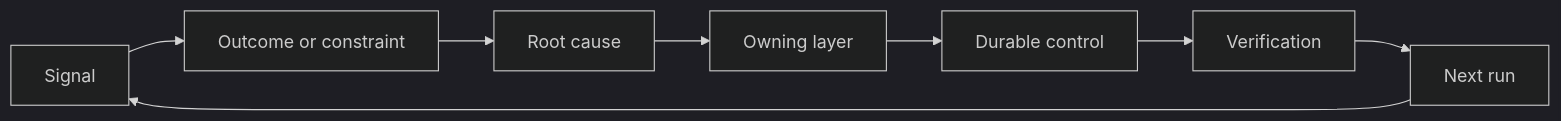
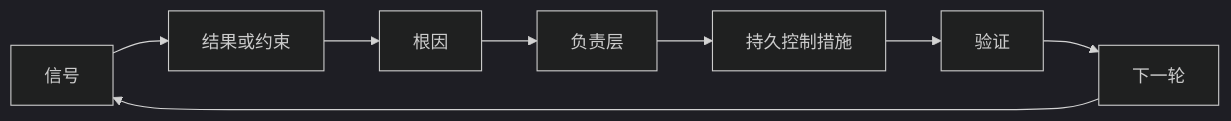
One commit to fancyboi999/ai-engineering-from-scratch-zh changed the diagram in phases/14-agent-engineering/54-build-the-feedback-ratchet/docs/zh.md. Above: the diagram before and after it, drawn with Mermaid (dark theme). The commit also changed 35 other files, not shown here.

````diff
--- a/phases/14-agent-engineering/54-build-the-feedback-ratchet/docs/zh.md
+++ b/phases/14-agent-engineering/54-build-the-feedback-ratchet/docs/zh.md
@@ -42,10 +42,10 @@
 ```mermaid
 flowchart LR
-  S[Signal] --> O[Outcome or constraint]
-  O --> R[Root cause]
-  R --> D[Owning layer]
-  D --> C[Durable control]
-  C --> V[Verification]
-  V --> N[Next run]
+  S[信号] --> O[结果或约束]
+  O --> R[根因]
+  R --> D[负责层]
+  D --> C[持久控制措施]
+  C --> V[验证]
+  V --> N[下一轮]
   N --> S
 ```
````
